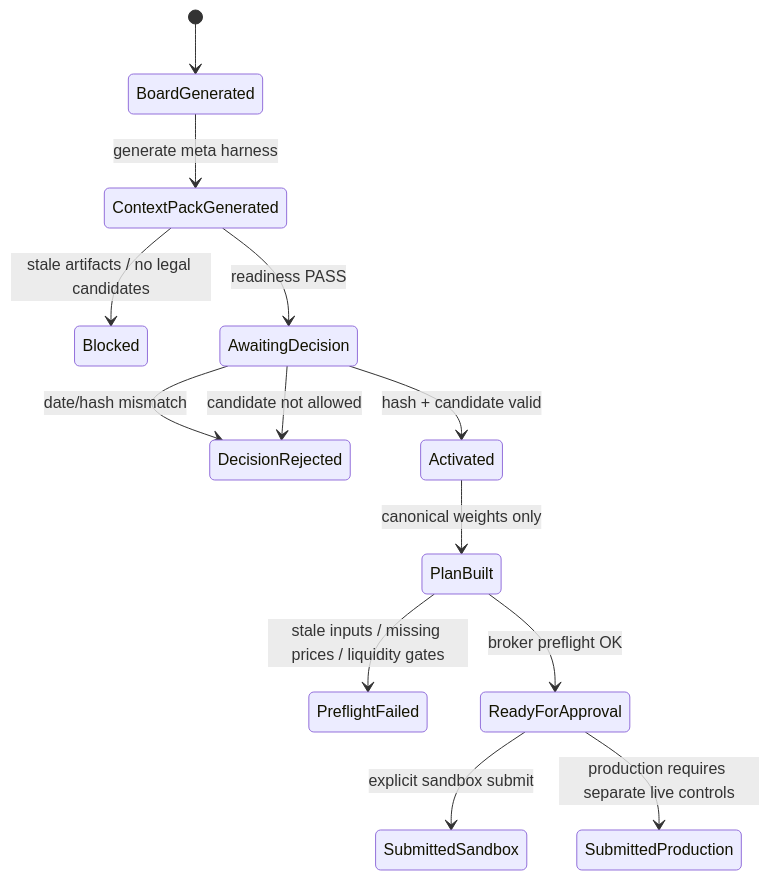
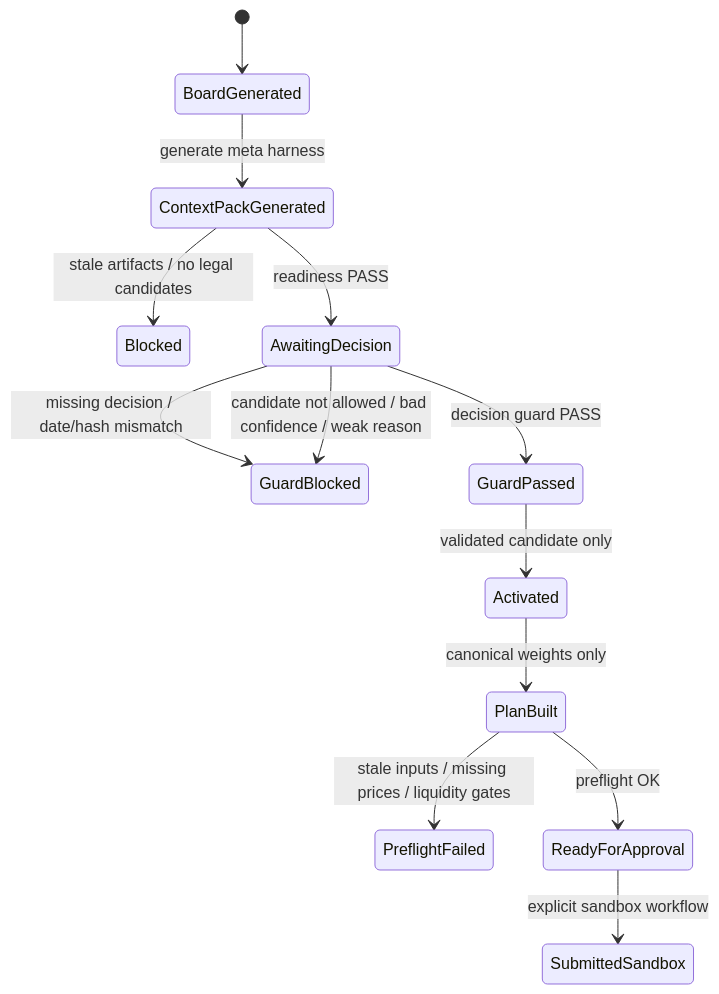
Before and after one commit to Svyable/Svyable_Strategies: the third of 5 diagrams in docs/agentic_operating_model.md, drawn with Mermaid. The commit also changed other lines of this file, not shown here.

Commit message:
docs(agent): include decision guard in operating contract

````diff
--- a/docs/agentic_operating_model.md
+++ b/docs/agentic_operating_model.md
@@ -72,15 +74,15 @@
 ```mermaid
 stateDiagram-v2
     [*] --> BoardGenerated
     BoardGenerated --> ContextPackGenerated: generate meta harness
     ContextPackGenerated --> Blocked: stale artifacts / no legal candidates
     ContextPackGenerated --> AwaitingDecision: readiness PASS
-    AwaitingDecision --> DecisionRejected: date/hash mismatch
-    AwaitingDecision --> DecisionRejected: candidate not allowed
-    AwaitingDecision --> Activated: hash + candidate valid
+    AwaitingDecision --> GuardBlocked: missing decision / date/hash mismatch
+    AwaitingDecision --> GuardBlocked: candidate not allowed / bad confidence / weak reason
+    AwaitingDecision --> GuardPassed: decision guard PASS
+    GuardPassed --> Activated: validated candidate only
     Activated --> PlanBuilt: canonical weights only
     PlanBuilt --> PreflightFailed: stale inputs / missing prices / liquidity gates
-    PlanBuilt --> ReadyForApproval: broker preflight OK
-    ReadyForApproval --> SubmittedSandbox: explicit sandbox submit
-    ReadyForApproval --> SubmittedProduction: production requires separate live controls
+    PlanBuilt --> ReadyForApproval: preflight OK
+    ReadyForApproval --> SubmittedSandbox: explicit sandbox workflow
 ```
````
